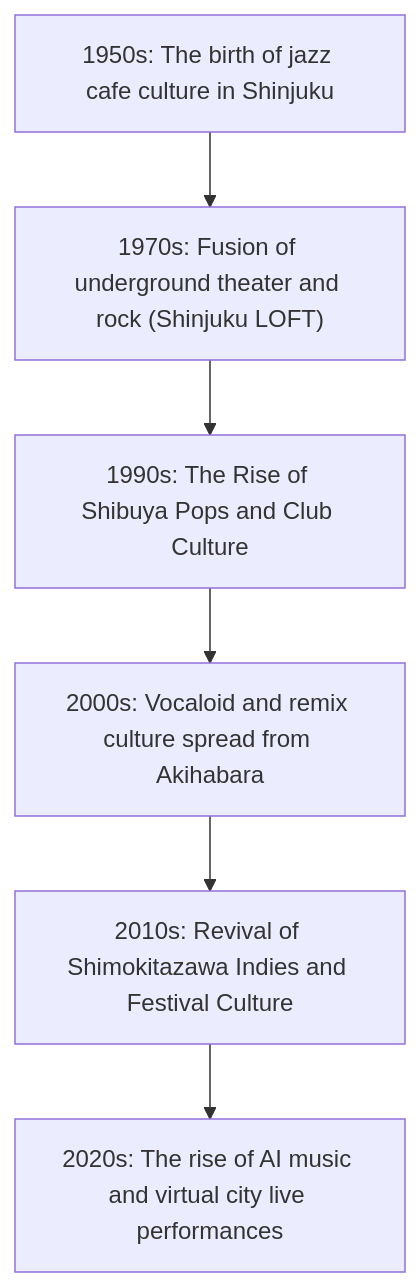
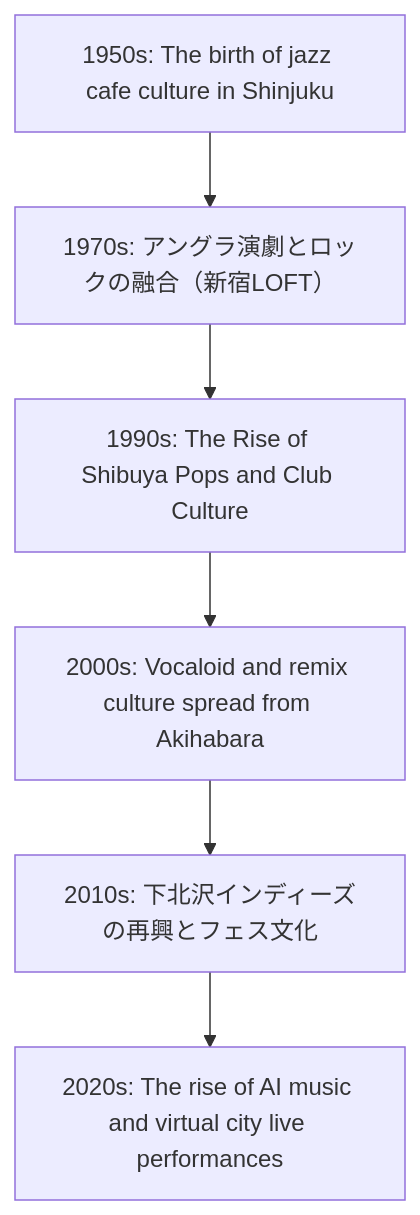
The first of 2 diagrams in en/_posts/2025-10-23-column-tokyo-sound-layers.md (monumental-movement/monumental-movement.github.io), drawn with Mermaid before and after one commit. The commit also changed other lines of this file and 2196 other files, not shown here.

```diff
--- a/en/_posts/2025-10-23-column-tokyo-sound-layers.md
+++ b/en/_posts/2025-10-23-column-tokyo-sound-layers.md
@@ -138,19 +138,19 @@
 <div class="mermaid">
 
 flowchart TD
 
     A1950["1950s: The birth of jazz cafe culture in Shinjuku"]
-    A1970["1970s: Fusion of underground theater and rock (Shinjuku LOFT)"]
+    A1970["1970s: アングラ演劇とロックの融合（新宿LOFT）"]
     A1990["1990s: The Rise of Shibuya Pops and Club Culture"]
     A2000["2000s: Vocaloid and remix culture spread from Akihabara"]
-    A2010["2010s: Revival of Shimokitazawa Indies and Festival Culture"]
+    A2010["2010s: 下北沢インディーズの再興とフェス文化"]
     A2020["2020s: The rise of AI music and virtual city live performances"]
 
     A1950 --> A1970
     A1970 --> A1990
     A1990 --> A2000
     A2000 --> A2010
     A2010 --> A2020
 
 
 </div>
```
